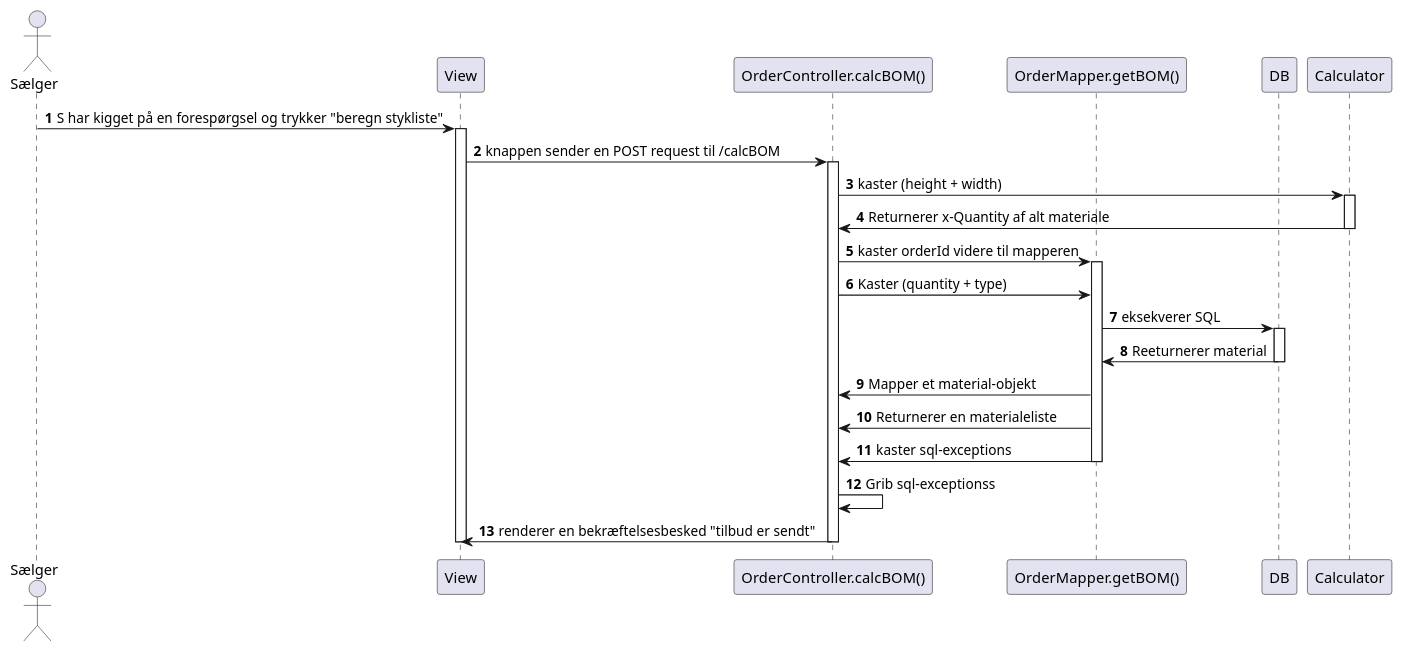
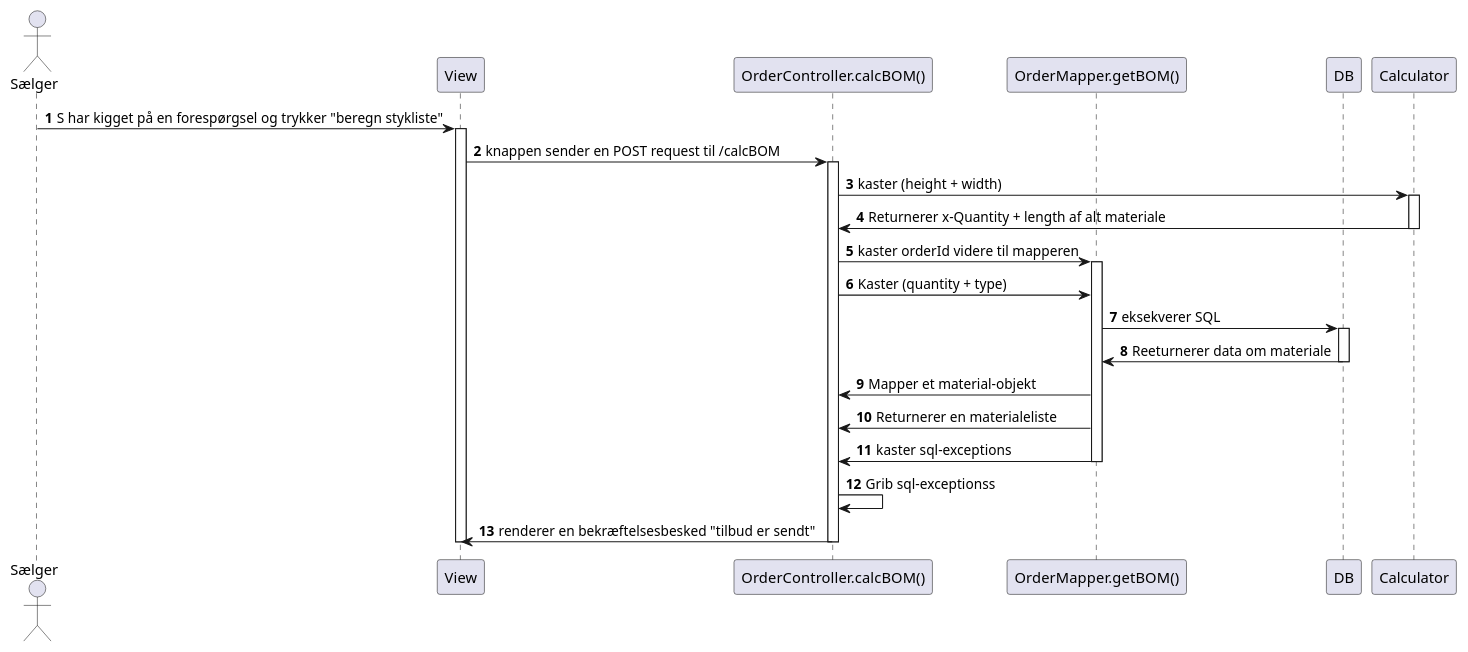
One commit to mridrisisci/fog-projekt changed the diagram in docs/Sequence diagrams/us3-beregn-stykliste-v2.puml. Above: the diagram before and after it, drawn with PlantUML. The commit also changed 3 other files, not shown here.

Commit message:
opdateret v1-us3 sekv. diagram

```diff
--- a/docs/Sequence diagrams/us3-beregn-stykliste-v2.puml
+++ b/docs/Sequence diagrams/us3-beregn-stykliste-v2.puml
@@ -1,38 +1,38 @@
 @startuml
 'https://plantuml.com/sequence-diagram
 
 autonumber
 
 Actor Sælger
 participant View as V
 participant "OrderController.calcBOM()" as C
 participant "OrderMapper.getBOM()" as M
 participant DB
 participant Calculator
 
 Sælger -> V: S har kigget på en forespørgsel og trykker "beregn stykliste"
 activate V
 V -> C: knappen sender en POST request til /calcBOM
 activate C
 C -> Calculator: kaster (height + width)
 activate Calculator
-Calculator -> C: Returnerer x-Quantity af alt materiale
+Calculator -> C: Returnerer x-Quantity + length af alt materiale
 deactivate Calculator
 C -> M: kaster orderId videre til mapperen
 activate M
 C -> M: Kaster (quantity + type)
 M -> DB: eksekverer SQL
 activate DB
-DB -> M: Reeturnerer material
+DB -> M: Reeturnerer data om materiale
 deactivate DB
 M -> C: Mapper et material-objekt
 M -> C: Returnerer en materialeliste
 M -> C : kaster sql-exceptions
 deactivate M
 C -> C: Grib sql-exceptionss
 C -> V: renderer en bekræftelsesbesked "tilbud er sendt"
 deactivate C
 
 
 deactivate V
 @enduml
```
